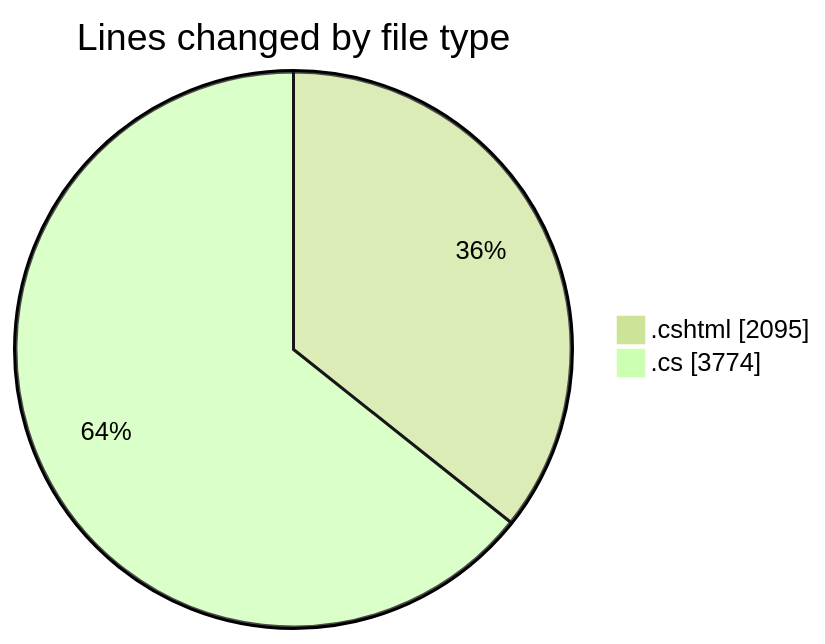
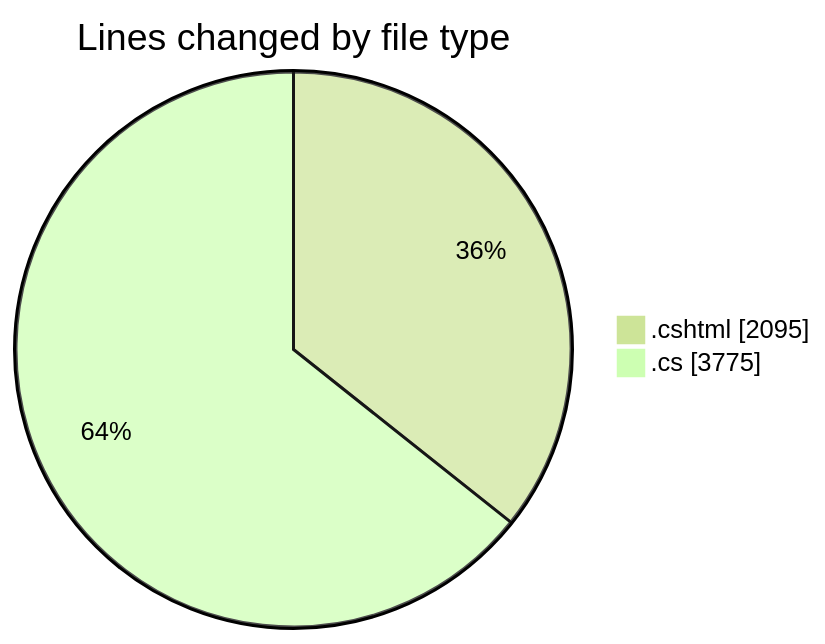
The first of 2 diagrams in 2025-07-17/nhahang/README.md (lephambinh05/code-tracking), drawn with Mermaid (forest theme) before and after one commit. The commit also changed other lines of this file and 1 other file, not shown here.

````diff
--- a/2025-07-17/nhahang/README.md
+++ b/2025-07-17/nhahang/README.md
@@ -92,6 +92,6 @@
 ```mermaid
 pie showData
 title Lines changed by file type
 ".cshtml" : 2095
-".cs" : 3774
+".cs" : 3775
 ```
````
